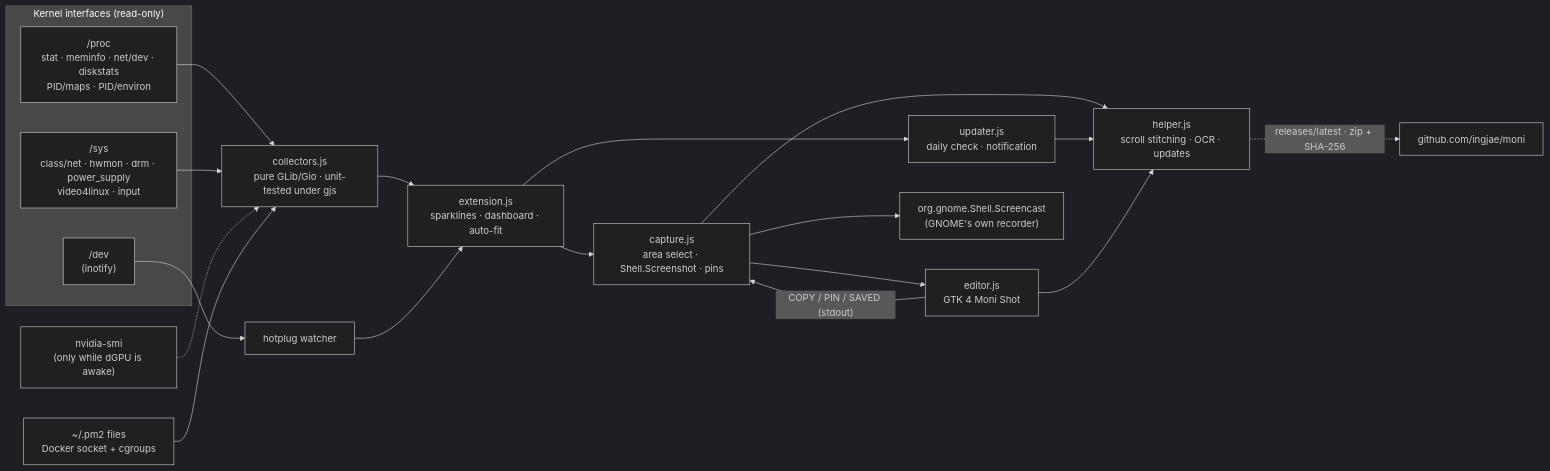
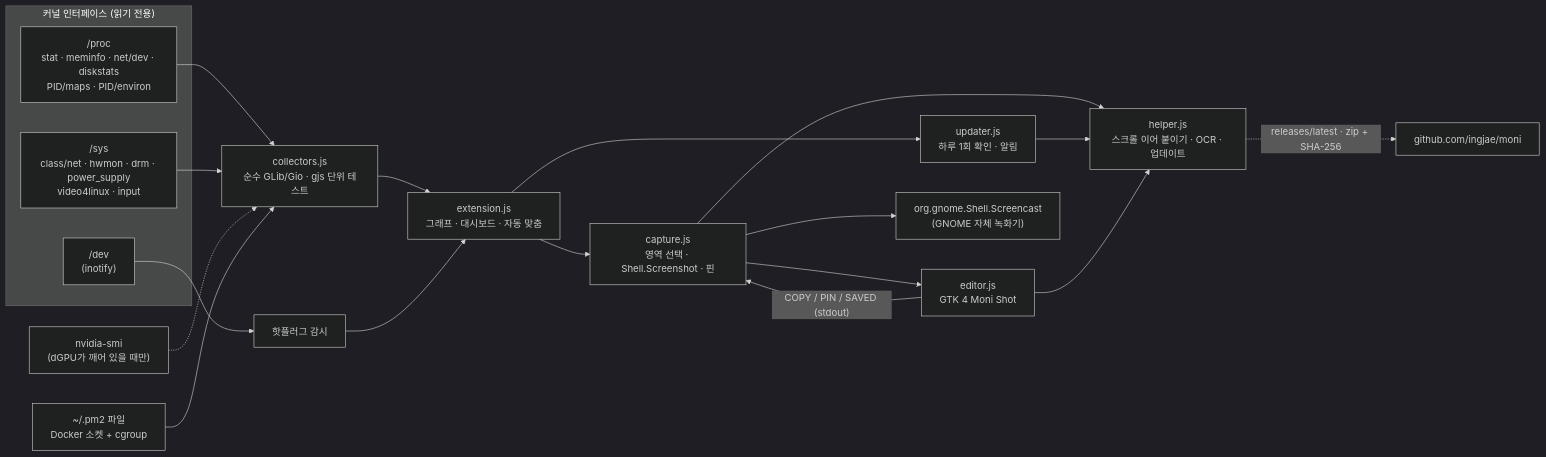
The diagram in README.md (ingjae/moni), drawn with Mermaid (dark theme) before and after one commit. The commit also changed other lines of this file and 1 other file, not shown here.

````diff
--- a/README.md
+++ b/README.md
@@ -292,22 +289,22 @@
 ```mermaid
 flowchart LR
-    subgraph kernel["Kernel interfaces (read-only)"]
+    subgraph kernel["커널 인터페이스 (읽기 전용)"]
         P["/proc<br/>stat · meminfo · net/dev · diskstats<br/>PID/maps · PID/environ"]
         S["/sys<br/>class/net · hwmon · drm · power_supply<br/>video4linux · input"]
         D["/dev<br/>(inotify)"]
     end
-    P & S --> C["collectors.js<br/>pure GLib/Gio · unit-tested under gjs"]
-    D --> X["hotplug watcher"]
-    C --> UI["extension.js<br/>sparklines · dashboard · auto-fit"]
+    P & S --> C["collectors.js<br/>순수 GLib/Gio · gjs 단위 테스트"]
+    D --> X["핫플러그 감시"]
+    C --> UI["extension.js<br/>그래프 · 대시보드 · 자동 맞춤"]
     X --> UI
-    N["nvidia-smi<br/>(only while dGPU is awake)"] -.-> C
-    Q["~/.pm2 files<br/>Docker socket + cgroups"] --> C
-    UI --> K["capture.js<br/>area select · Shell.Screenshot · pins"]
+    N["nvidia-smi<br/>(dGPU가 깨어 있을 때만)"] -.-> C
+    Q["~/.pm2 파일<br/>Docker 소켓 + cgroup"] --> C
+    UI --> K["capture.js<br/>영역 선택 · Shell.Screenshot · 핀"]
     K --> E["editor.js<br/>GTK 4 Moni Shot"]
-    K --> H["helper.js<br/>scroll stitching · OCR · updates"]
-    UI --> U["updater.js<br/>daily check · notification"] --> H
+    K --> H["helper.js<br/>스크롤 이어 붙이기 · OCR · 업데이트"]
+    UI --> U["updater.js<br/>하루 1회 확인 · 알림"] --> H
     H -. "releases/latest · zip + SHA-256" .-> G["github.com/ingjae/moni"]
     E --> H
     E -- "COPY / PIN / SAVED (stdout)" --> K
-    K --> R["org.gnome.Shell.Screencast<br/>(GNOME's own recorder)"]
+    K --> R["org.gnome.Shell.Screencast<br/>(GNOME 자체 녹화기)"]
 ```
````
